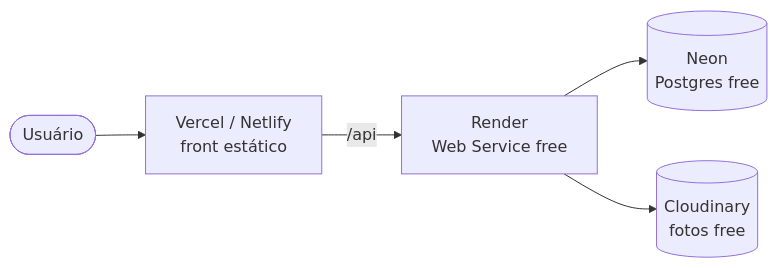
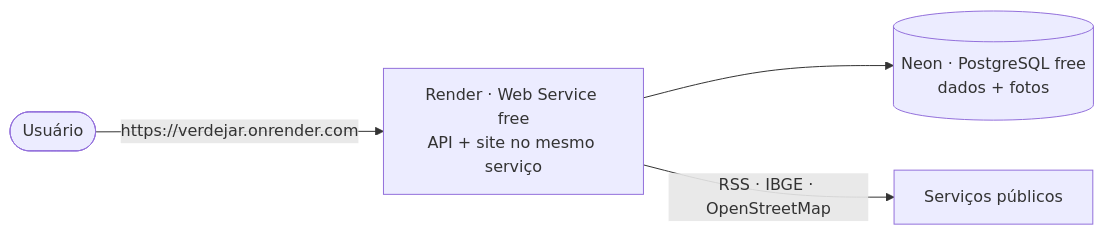
One commit to madeiragab/verdejar changed the diagram in docs/06-deploy-gratuito.md. Above: the diagram before and after it, drawn with Mermaid. The commit also changed other lines of this file and 1 other file, not shown here.

Commit message:
docs: deploy gratuito em um serviço só (Render + Neon)

````diff
--- a/docs/06-deploy-gratuito.md
+++ b/docs/06-deploy-gratuito.md
@@ -5,7 +6,6 @@
 ```mermaid
 flowchart LR
-    U([Usuário]) --> V[Vercel / Netlify<br/>front estático]
-    V -->|/api| R[Render<br/>Web Service free]
-    R --> N[(Neon<br/>Postgres free)]
-    R --> CL[(Cloudinary<br/>fotos free)]
+    U([Usuário]) -->|https://verdejar.onrender.com| R[Render · Web Service free<br/>API + site no mesmo serviço]
+    R --> N[(Neon · PostgreSQL free<br/>dados + fotos)]
+    R -->|RSS · IBGE · OpenStreetMap| EXT[Serviços públicos]
 ```
````
